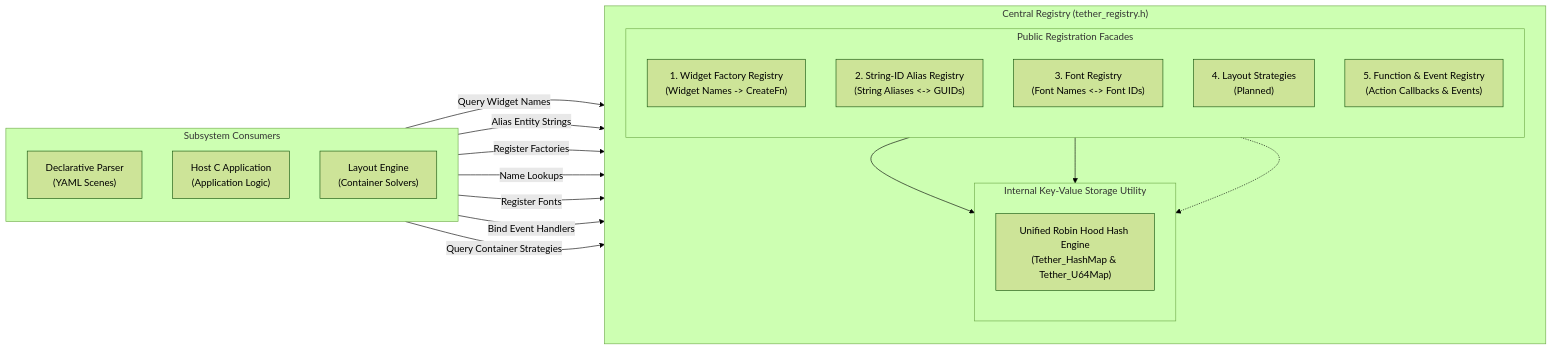
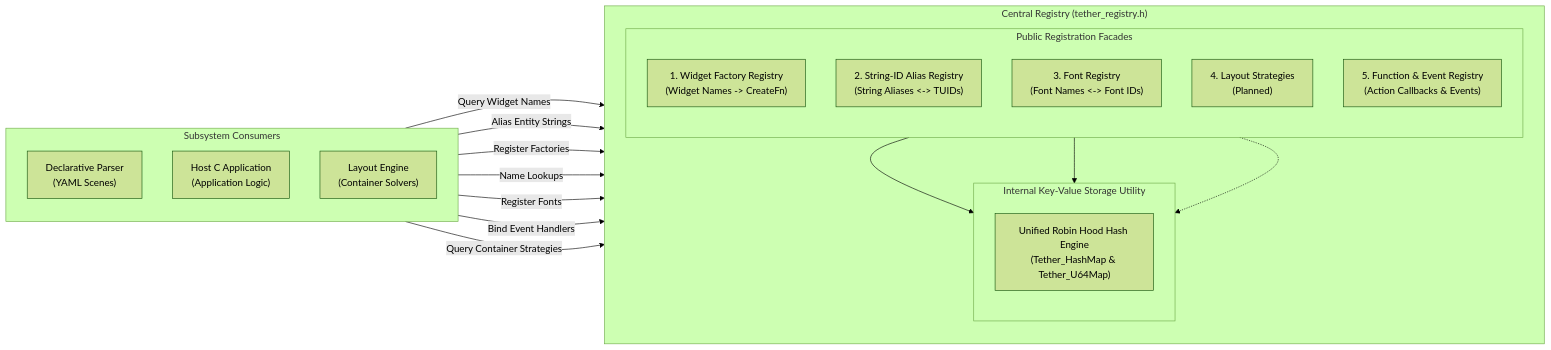
The second of 4 diagrams in docs/technical/05_ui_framework_and_widgets.md (Yuvi-GD/Tether), drawn with Mermaid (forest theme) before and after one commit. The commit also changed other lines of this file and 84 other files, not shown here.

````diff
--- a/docs/technical/05_ui_framework_and_widgets.md
+++ b/docs/technical/05_ui_framework_and_widgets.md
@@ -219,36 +219,36 @@
 ```mermaid
 flowchart LR
     subgraph Consumers["Subsystem Consumers"]
         direction TB
         YAML["Declarative Parser\n(YAML Scenes)"]
         HostC["Host C Application\n(Application Logic)"]
         LayoutEng["Layout Engine\n(Container Solvers)"]
     end
 
     subgraph CentralReg["Central Registry (tether_registry.h)"]
         direction TB
         subgraph RegAPIs["Public Registration Facades"]
             direction TB
             R1["1. Widget Factory Registry\n(Widget Names -> CreateFn)"]
-            R2["2. String-ID Alias Registry\n(String Aliases <-> GUIDs)"]
+            R2["2. String-ID Alias Registry\n(String Aliases <-> TUIDs)"]
             R3["3. Font Registry\n(Font Names <-> Font IDs)"]
             R4["4. Layout Strategies\n(Planned)"]
             R5["5. Function & Event Registry\n(Action Callbacks & Events)"]
         end
         subgraph InternalStorage["Internal Key-Value Storage Utility"]
             direction TB
             HashUtil["Unified Robin Hood Hash Engine\n(Tether_HashMap & Tether_U64Map)"]
         end
         R1 --> HashUtil
         R2 --> HashUtil
         R3 -.-> HashUtil
     end
 
     YAML -->|Query Widget Names| R1
     YAML -->|Alias Entity Strings| R2
     HostC -->|Register Factories| R1
     HostC -->|Name Lookups| R2
     HostC -->|Register Fonts| R3
     HostC -->|Bind Event Handlers| R5
     LayoutEng -->|Query Container Strategies| R4
 ```
````
